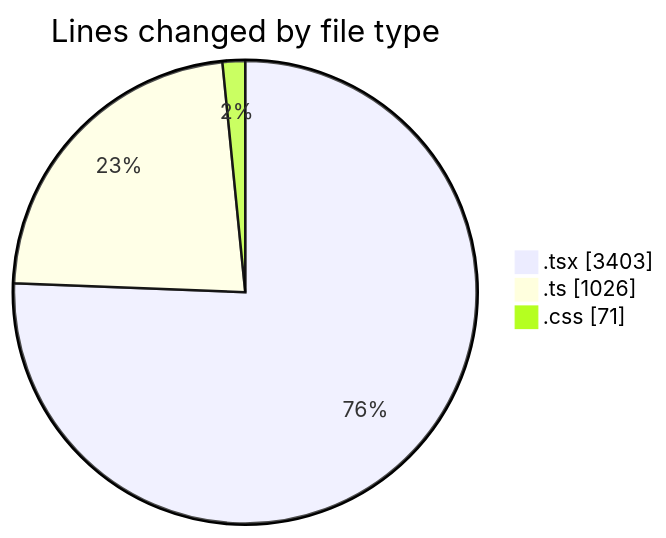
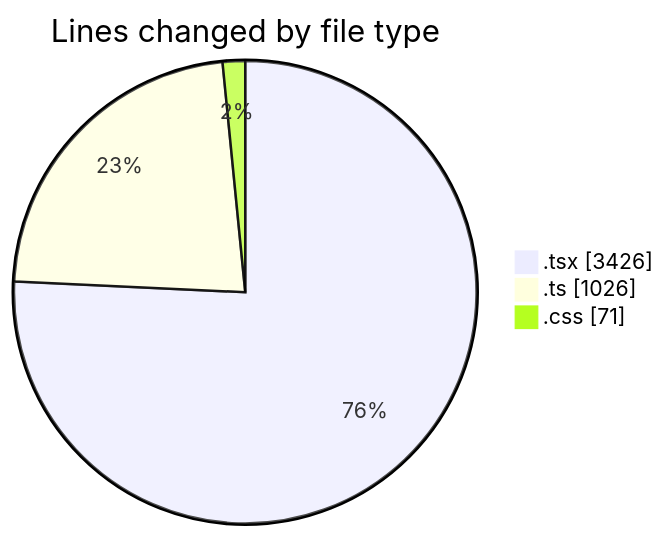
The first of 2 diagrams in 2025-01-27/mbc-web/README.md (robertbonfada/code-tracking), drawn with Mermaid before and after one commit. The commit also changed other lines of this file and 1 other file, not shown here.

````diff
--- a/2025-01-27/mbc-web/README.md
+++ b/2025-01-27/mbc-web/README.md
@@ -34,7 +34,7 @@
 ```mermaid
 pie showData
 title Lines changed by file type
-".tsx" : 3403
+".tsx" : 3426
 ".ts" : 1026
 ".css" : 71
 ```
````
